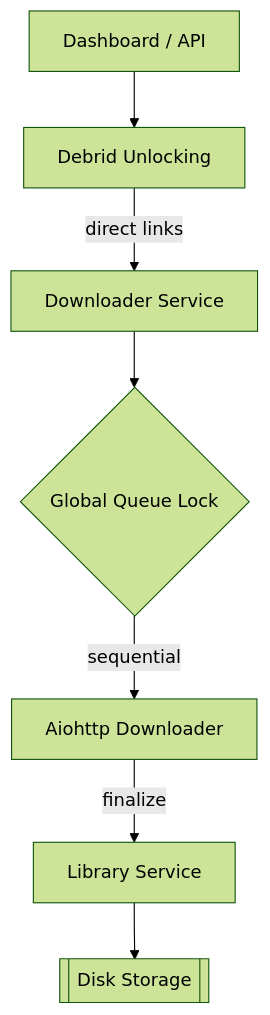
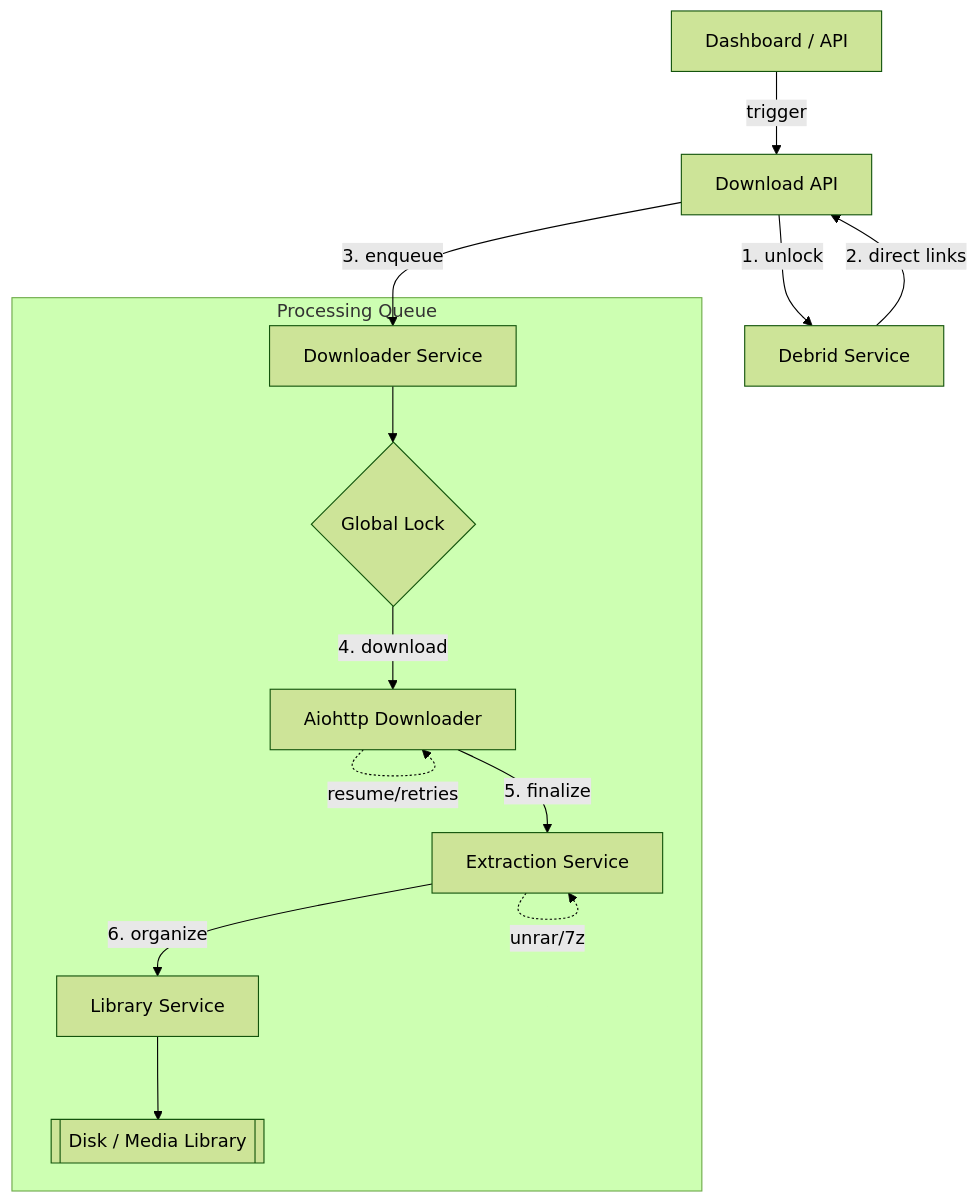
The second of 2 diagrams in README.md (dmachard/DDL-tower), drawn with Mermaid (forest theme) before and after one commit. The commit also changed other lines of this file, not shown here.

Commit message:
docs: update workflow architecture diagrams and comment out template source configurations in config.yaml

````diff
--- a/README.md
+++ b/README.md
@@ -261,9 +262,17 @@
 ```mermaid
 graph TD
-    UI[Dashboard / API] --> DEB[Debrid Unlocking]
-    DEB -->|direct links| DL[Downloader Service]
-    DL --> LOCK{Global Queue Lock}
-    LOCK -->|sequential| GET[Aiohttp Downloader]
-    GET -->|finalize| ORG[Library Service]
-    ORG --> DISK[[Disk Storage]]
+    UI[Dashboard / API] -->|trigger| API[Download API]
+    API -->|1. unlock| DEB[Debrid Service]
+    DEB -->|2. direct links| API
+    API -->|3. enqueue| DL[Downloader Service]
+    
+    subgraph "Processing Queue"
+        DL --> LOCK{Global Lock}
+        LOCK -->|4. download| GET[Aiohttp Downloader]
+        GET -.->|resume/retries| GET
+        GET -->|5. finalize| EXT[Extraction Service]
+        EXT -.->|unrar/7z| EXT
+        EXT -->|6. organize| LIB[Library Service]
+        LIB --> DISK[[Disk / Media Library]]
+    end
 ```
````
